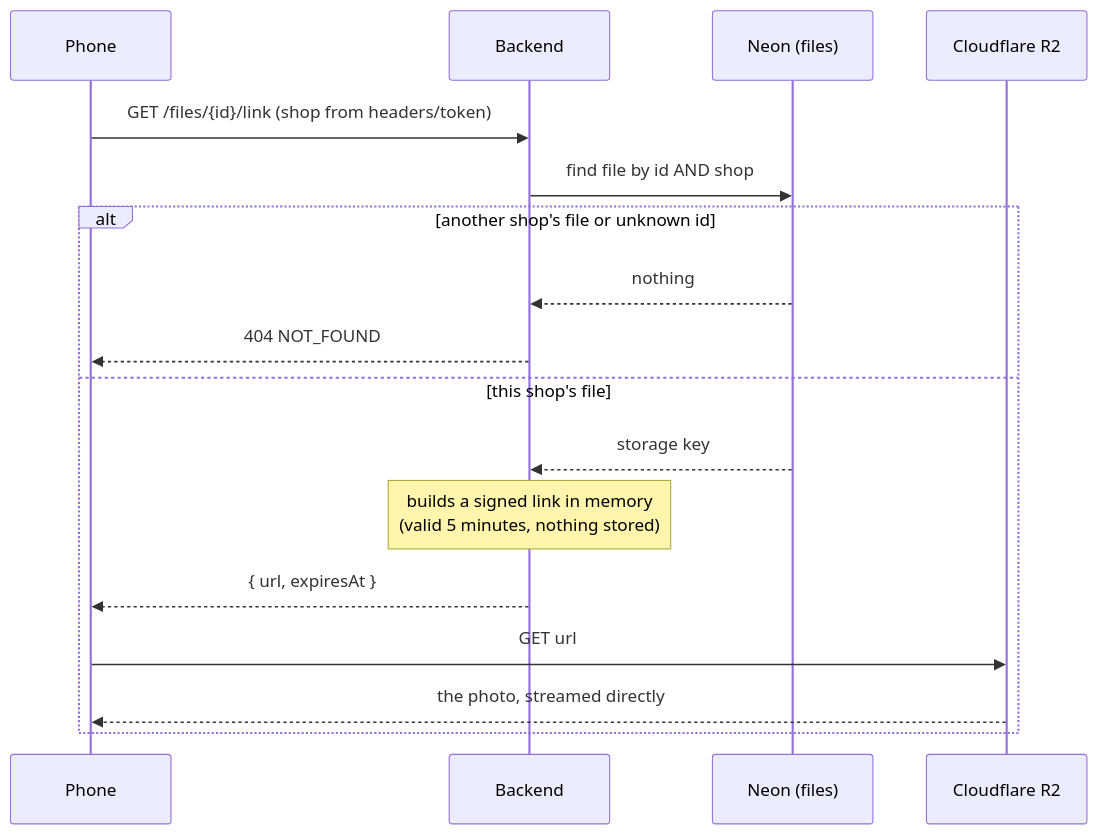
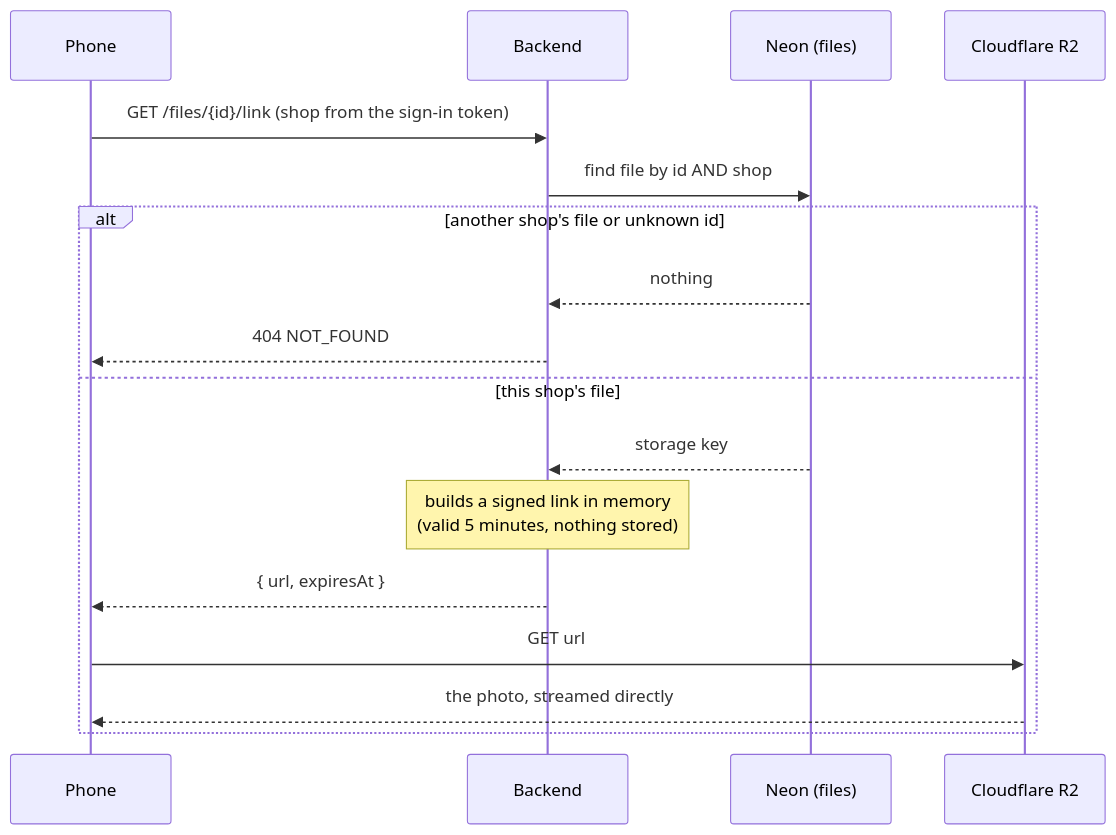
Before and after one commit to Premanshu-jha/apni-dukan-backend: the third of 6 diagrams in README.md, drawn with Mermaid. The commit also changed other lines of this file and 2 other files, not shown here.

First line of the commit message:
Tests use the JDK HTTP client (Apache client retried 429s); README covers sign-in

````diff
--- a/README.md
+++ b/README.md
@@ -53,19 +54,19 @@
 ```mermaid
 sequenceDiagram
     participant P as Phone
     participant B as Backend
     participant D as Neon (files)
     participant R as Cloudflare R2
-    P->>B: GET /files/{id}/link (shop from headers/token)
+    P->>B: GET /files/{id}/link (shop from the sign-in token)
     B->>D: find file by id AND shop
     alt another shop's file or unknown id
         D-->>B: nothing
         B-->>P: 404 NOT_FOUND
     else this shop's file
         D-->>B: storage key
         Note over B: builds a signed link in memory<br/>(valid 5 minutes, nothing stored)
         B-->>P: { url, expiresAt }
         P->>R: GET url
         R-->>P: the photo, streamed directly
     end
 ```
````
